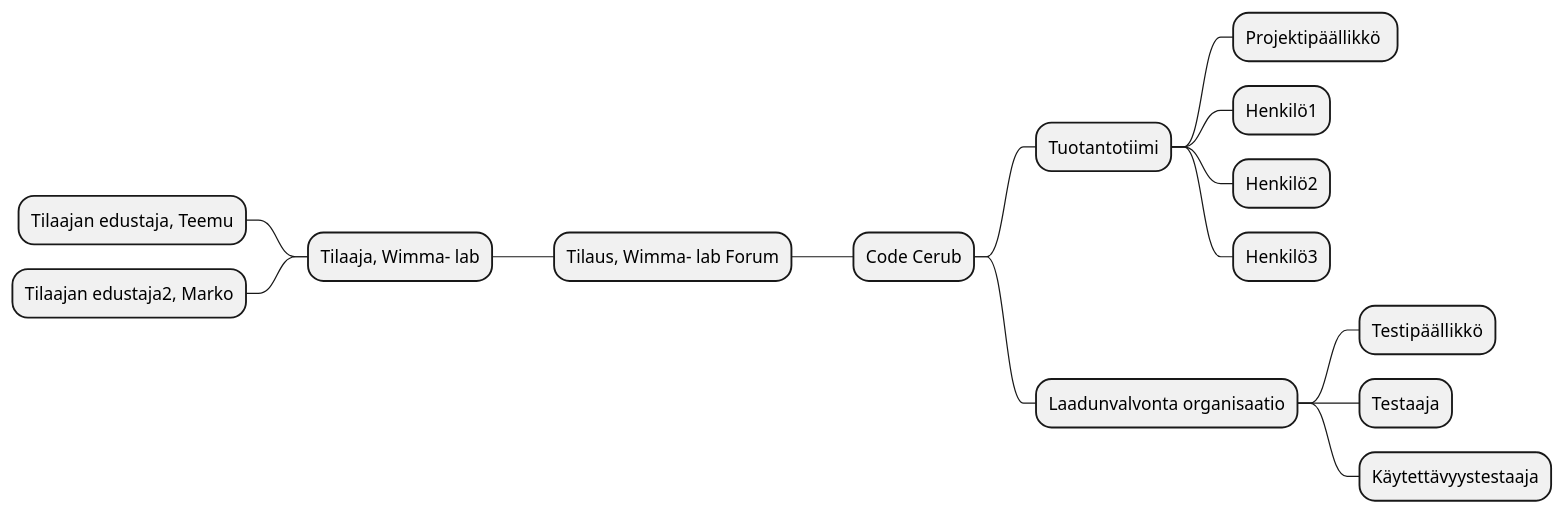
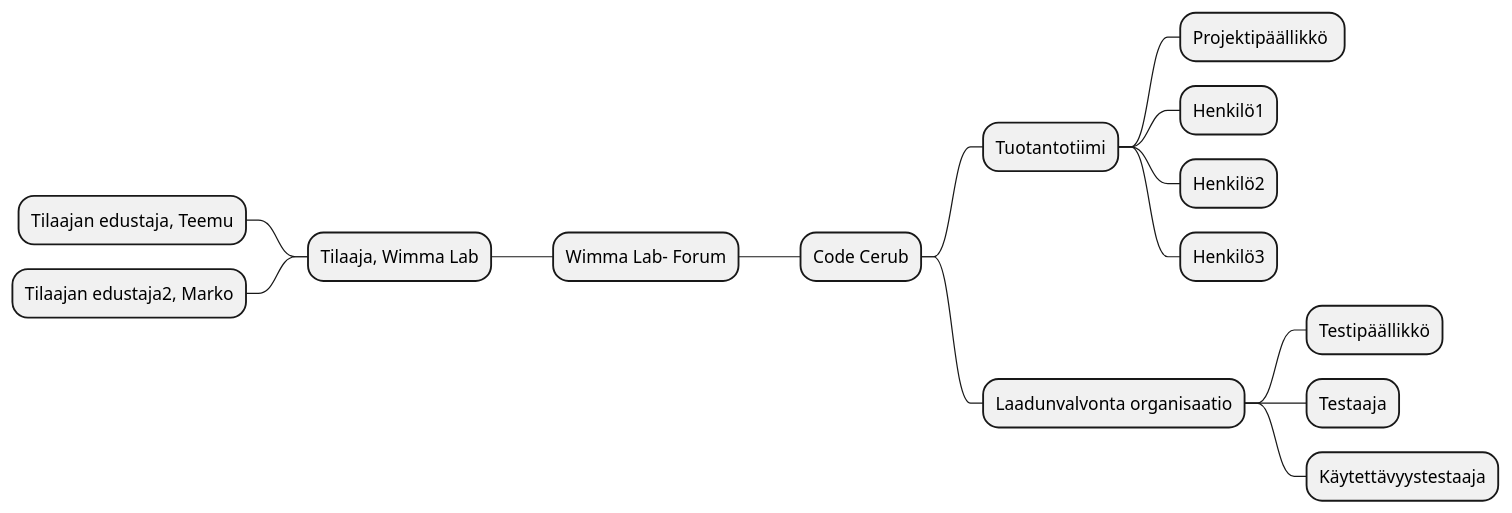
Before and after one commit to ninaleo/S2021-AB5160-core: the third of 4 diagrams in dokumentit/10-Projektihallinta/projektisuunnitelma.md, drawn with PlantUML. The commit also changed other lines of this file, not shown here.

````diff
--- a/dokumentit/10-Projektihallinta/projektisuunnitelma.md
+++ b/dokumentit/10-Projektihallinta/projektisuunnitelma.md
@@ -158,18 +158,18 @@
 ```plantuml
 @startmindmap
-+ Tilaus, Wimma- lab Forum
++ Wimma Lab- Forum
 ++ Code Cerub
 +++ Tuotantotiimi
 ++++ Projektipäällikkö 
 ++++ Henkilö1
 ++++ Henkilö2
 ++++ Henkilö3
--- Tilaaja, Wimma- lab
+-- Tilaaja, Wimma Lab
 --- Tilaajan edustaja, Teemu
 +++ Laadunvalvonta organisaatio
 ++++ Testipäällikkö
 ++++ Testaaja
 ++++ Käytettävyystestaaja
 --- Tilaajan edustaja2, Marko
 @endmindmap
 ```
````
